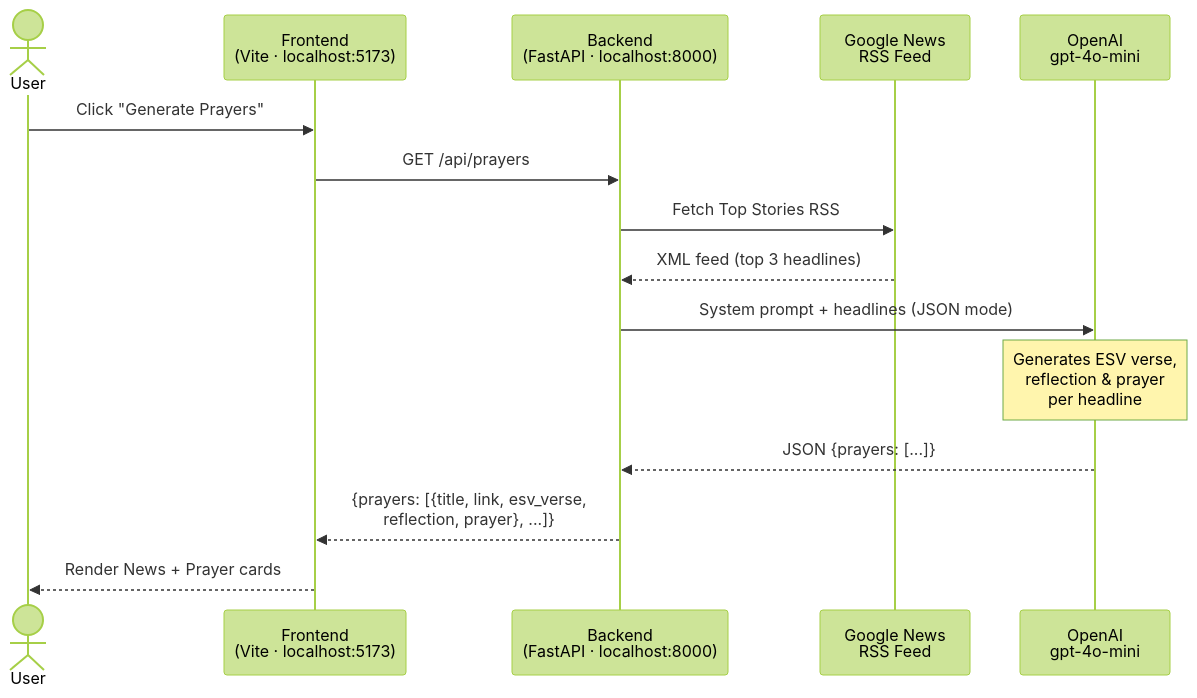
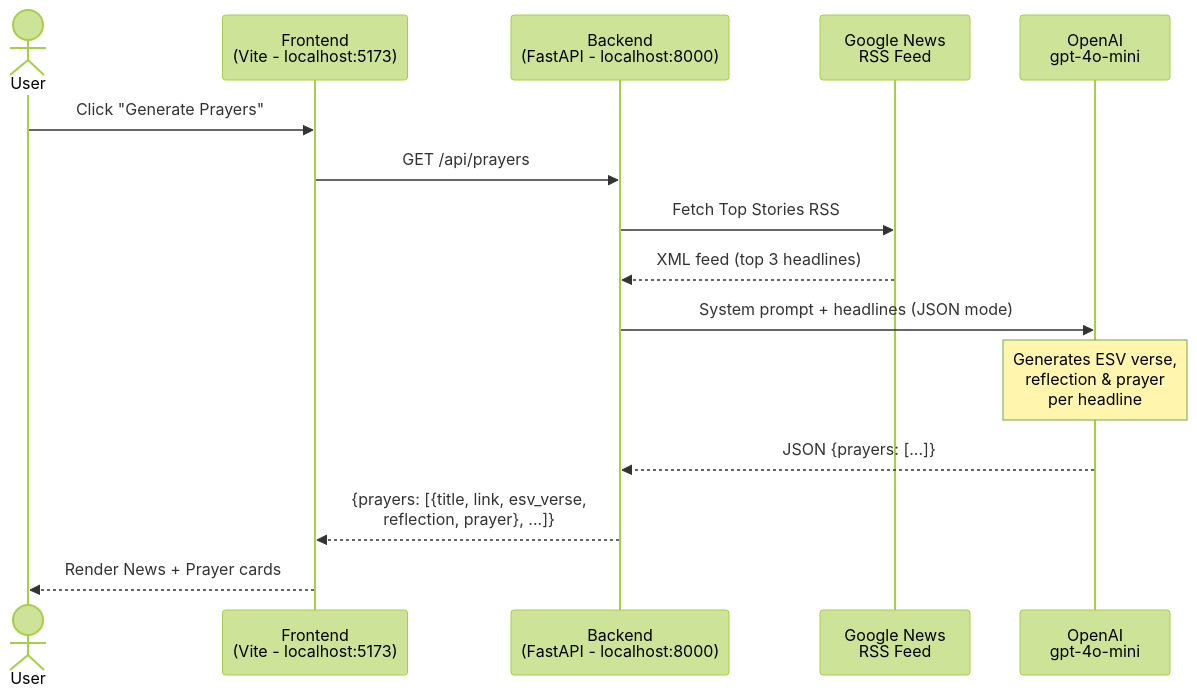
Before and after one commit to m2web/intercede: the diagram in README.md, drawn with Mermaid (forest theme). The commit also changed other lines of this file and 1 other file, not shown here.

````diff
--- a/README.md
+++ b/README.md
@@ -12,18 +12,18 @@
 ```mermaid
 sequenceDiagram
     actor User
-    participant FE as Frontend<br/>(Vite · localhost:5173)
-    participant BE as Backend<br/>(FastAPI · localhost:8000)
+    participant FE as Frontend<br/>(Vite - localhost:5173)
+    participant BE as Backend<br/>(FastAPI - localhost:8000)
     participant RSS as Google News<br/>RSS Feed
     participant AI as OpenAI<br/>gpt-4o-mini
 
     User->>FE: Click "Generate Prayers"
     FE->>BE: GET /api/prayers
     BE->>RSS: Fetch Top Stories RSS
     RSS-->>BE: XML feed (top 3 headlines)
     BE->>AI: System prompt + headlines (JSON mode)
     Note over AI: Generates ESV verse,<br/>reflection & prayer<br/>per headline
     AI-->>BE: JSON {prayers: [...]}
     BE-->>FE: {prayers: [{title, link, esv_verse,<br/>reflection, prayer}, ...]}
     FE-->>User: Render News + Prayer cards
 ```
````
